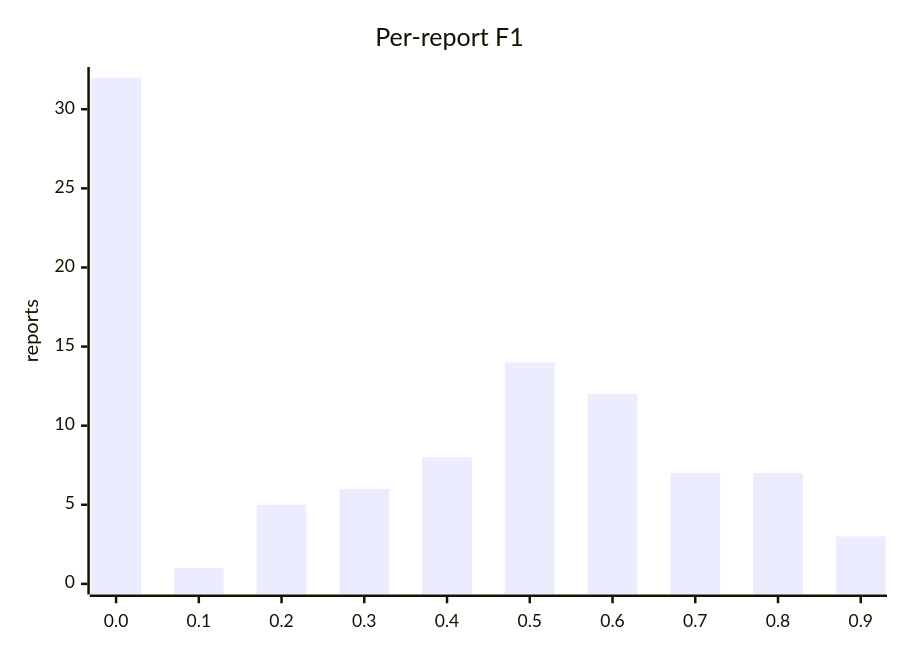
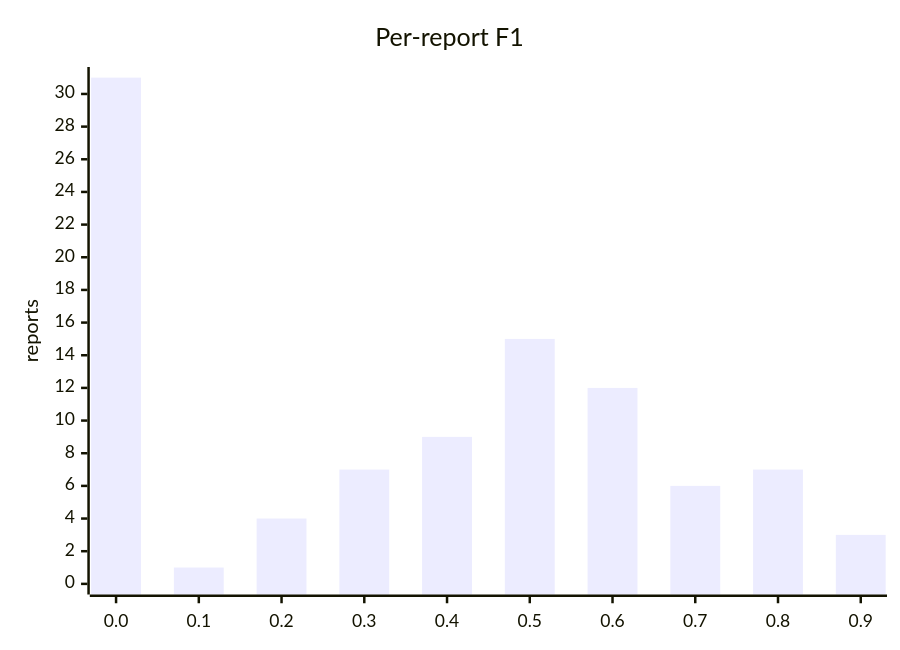
The third of 5 diagrams in docs/BENCHMARKS_extraction.md (MISP/ai-connector), drawn with Mermaid before and after one commit. The commit also changed other lines of this file and 22 other files, not shown here.

````diff
--- a/docs/BENCHMARKS_extraction.md
+++ b/docs/BENCHMARKS_extraction.md
@@ -72,7 +72,7 @@
 ```mermaid
 xychart-beta
   title "Per-report F1"
   x-axis ["0.0", "0.1", "0.2", "0.3", "0.4", "0.5", "0.6", "0.7", "0.8", "0.9"]
-  y-axis "reports" 0 --> 32
-  bar [32, 1, 5, 6, 8, 14, 12, 7, 7, 3]
+  y-axis "reports" 0 --> 31
+  bar [31, 1, 4, 7, 9, 15, 12, 6, 7, 3]
 ```
````
